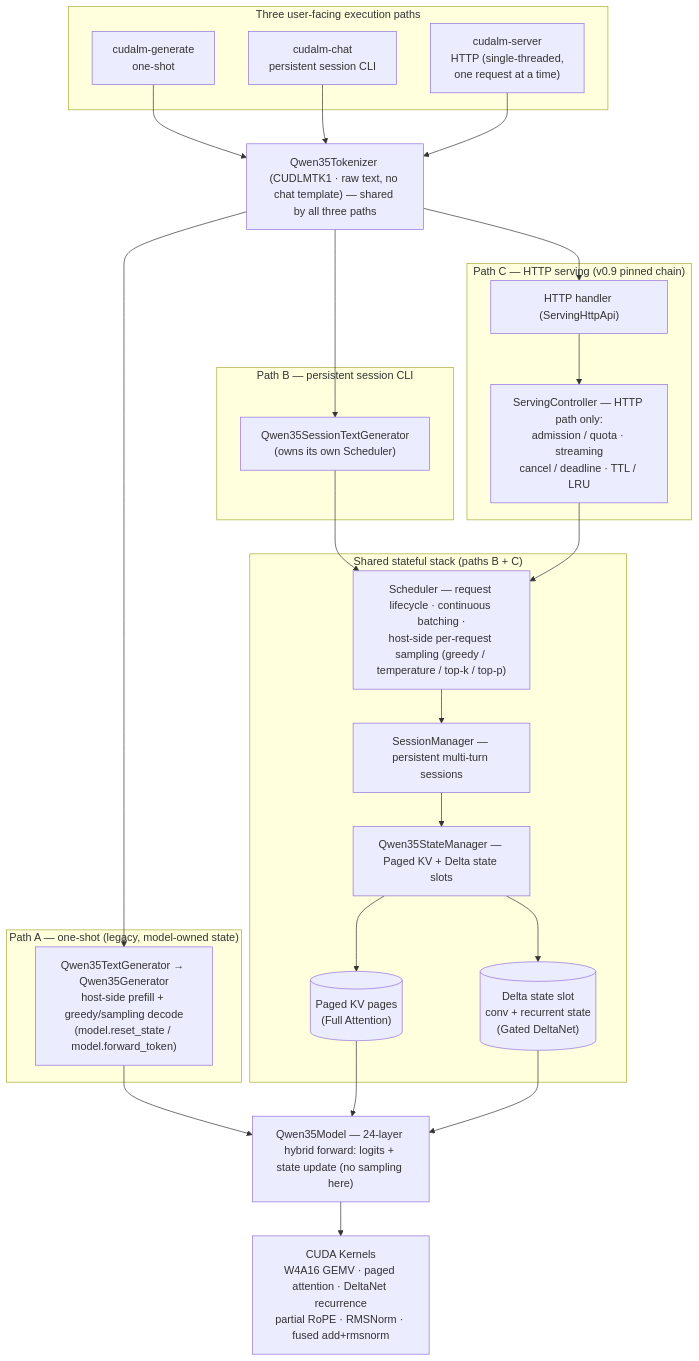
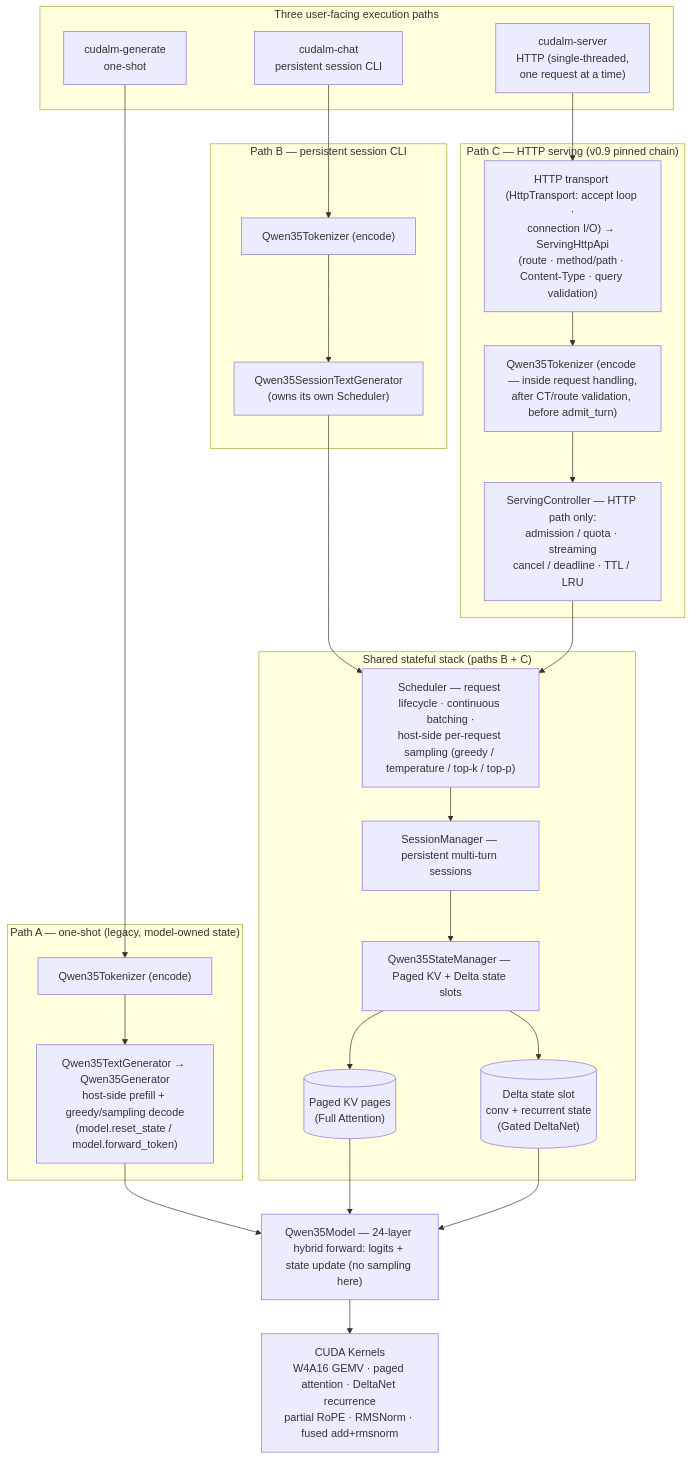
One commit to trump253/cudalm-agent changed the diagram in README_EN.md. Above: the diagram before and after it, drawn with Mermaid. The commit also changed other lines of this file and 4 other files, not shown here.

First line of the commit message:
v1.0 Phase C final review fix: HTTP topology + accept-loop ownership

````diff
--- a/README_EN.md
+++ b/README_EN.md
@@ -101,52 +101,53 @@
 ```mermaid
 flowchart TD
     subgraph F["Three user-facing execution paths"]
         A["cudalm-generate<br/>one-shot"]
         B["cudalm-chat<br/>persistent session CLI"]
         C["cudalm-server<br/>HTTP (single-threaded,<br/>one request at a time)"]
     end
-    TOK["Qwen35Tokenizer (CUDLMTK1 · raw text, no chat template) — shared by all three paths"]
-
-    A --> TOK
-    B --> TOK
-    C --> TOK
 
     subgraph PA["Path A — one-shot (legacy, model-owned state)"]
+        TOKA["Qwen35Tokenizer (encode)"]
         TG["Qwen35TextGenerator → Qwen35Generator<br/>host-side prefill + greedy/sampling decode<br/>(model.reset_state / model.forward_token)"]
+        A --> TOKA
+        TOKA --> TG
     end
 
     subgraph PB["Path B — persistent session CLI"]
+        TOKB["Qwen35Tokenizer (encode)"]
         STG["Qwen35SessionTextGenerator<br/>(owns its own Scheduler)"]
+        B --> TOKB
+        TOKB --> STG
     end
 
     subgraph PC["Path C — HTTP serving (v0.9 pinned chain)"]
-        HPA["HTTP handler (ServingHttpApi)"]
+        HPA["HTTP transport (HttpTransport: accept loop ·<br/>connection I/O) → ServingHttpApi<br/>(route · method/path · Content-Type · query validation)"]
+        TOKC["Qwen35Tokenizer (encode — inside request handling,<br/>after CT/route validation, before admit_turn)"]
         SC["ServingController — HTTP path only:<br/>admission / quota · streaming<br/>cancel / deadline · TTL / LRU"]
-        HPA --> SC
+        C --> HPA
+        HPA --> TOKC
+        TOKC --> SC
     end
 
     subgraph SL["Shared stateful stack (paths B + C)"]
         SCH["Scheduler — request lifecycle · continuous batching ·<br/>host-side per-request sampling (greedy / temperature / top-k / top-p)"]
         SM["SessionManager — persistent multi-turn sessions"]
         ST["Qwen35StateManager — Paged KV + Delta state slots"]
         KV[("Paged KV pages<br/>(Full Attention)")]
         DS[("Delta state slot<br/>conv + recurrent state<br/>(Gated DeltaNet)")]
         SCH --> SM
         SM --> ST
         ST --> KV
         ST --> DS
     end
 
     MDL["Qwen35Model — 24-layer hybrid forward: logits + state update (no sampling here)"]
     KER["CUDA Kernels<br/>W4A16 GEMV · paged attention · DeltaNet recurrence<br/>partial RoPE · RMSNorm · fused add+rmsnorm"]
 
-    TOK --> TG
-    TOK --> STG
-    TOK --> HPA
     TG --> MDL
     STG --> SCH
     SC --> SCH
     KV --> MDL
     DS --> MDL
     MDL --> KER
 ```
````
